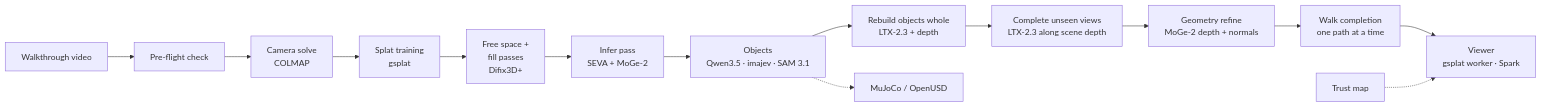
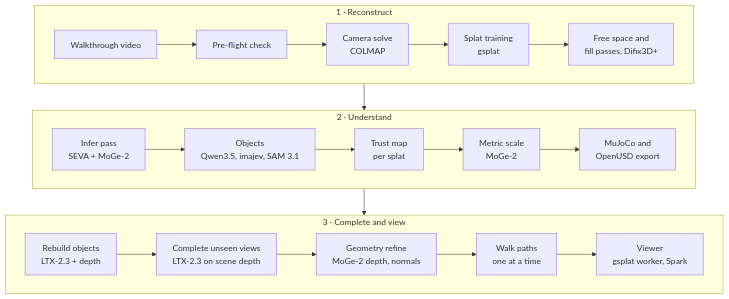
The diagram in README.md (Okohedeki/braindance-studio), drawn with Mermaid before and after one commit.

Commit message:
README: pipeline diagram in three rows so it stays readable

````diff
--- a/README.md
+++ b/README.md
@@ -31,16 +31,16 @@
 ```mermaid
-flowchart LR
-  V[Walkthrough video] --> PF[Pre-flight check]
-  PF --> SOLVE[Camera solve<br/>COLMAP]
-  SOLVE --> TRAIN[Splat training<br/>gsplat]
-  TRAIN --> FILL[Free space +<br/>fill passes<br/>Difix3D+]
-  FILL --> INFER[Infer pass<br/>SEVA + MoGe-2]
-  INFER --> OBJ[Objects<br/>Qwen3.5 · imajev · SAM 3.1]
-  OBJ --> REB[Rebuild objects whole<br/>LTX-2.3 + depth]
-  REB --> COMP[Complete unseen views<br/>LTX-2.3 along scene depth]
-  COMP --> REF[Geometry refine<br/>MoGe-2 depth + normals]
-  REF --> WALK[Walk completion<br/>one path at a time]
-  WALK --> VIEW[Viewer<br/>gsplat worker · Spark]
-  OBJ -.-> SIM[MuJoCo / OpenUSD]
-  TRUST[Trust map] -.-> VIEW
+flowchart TB
+  subgraph R["1 · Reconstruct"]
+    direction LR
+    V[Walkthrough video] --> PF[Pre-flight check] --> SOLVE[Camera solve<br/>COLMAP] --> TRAIN[Splat training<br/>gsplat] --> FILL[Free space and<br/>fill passes, Difix3D+]
+  end
+  subgraph U["2 · Understand"]
+    direction LR
+    INFER[Infer pass<br/>SEVA + MoGe-2] --> OBJ[Objects<br/>Qwen3.5, imajev, SAM 3.1] --> TRUST[Trust map<br/>per splat] --> SCALE[Metric scale<br/>MoGe-2] --> SIM[MuJoCo and<br/>OpenUSD export]
+  end
+  subgraph C["3 · Complete and view"]
+    direction LR
+    REB[Rebuild objects<br/>LTX-2.3 + depth] --> COMP[Complete unseen views<br/>LTX-2.3 on scene depth] --> REF[Geometry refine<br/>MoGe-2 depth, normals] --> WALK[Walk paths<br/>one at a time] --> VIEW[Viewer<br/>gsplat worker, Spark]
+  end
+  R --> U --> C
 ```
````
